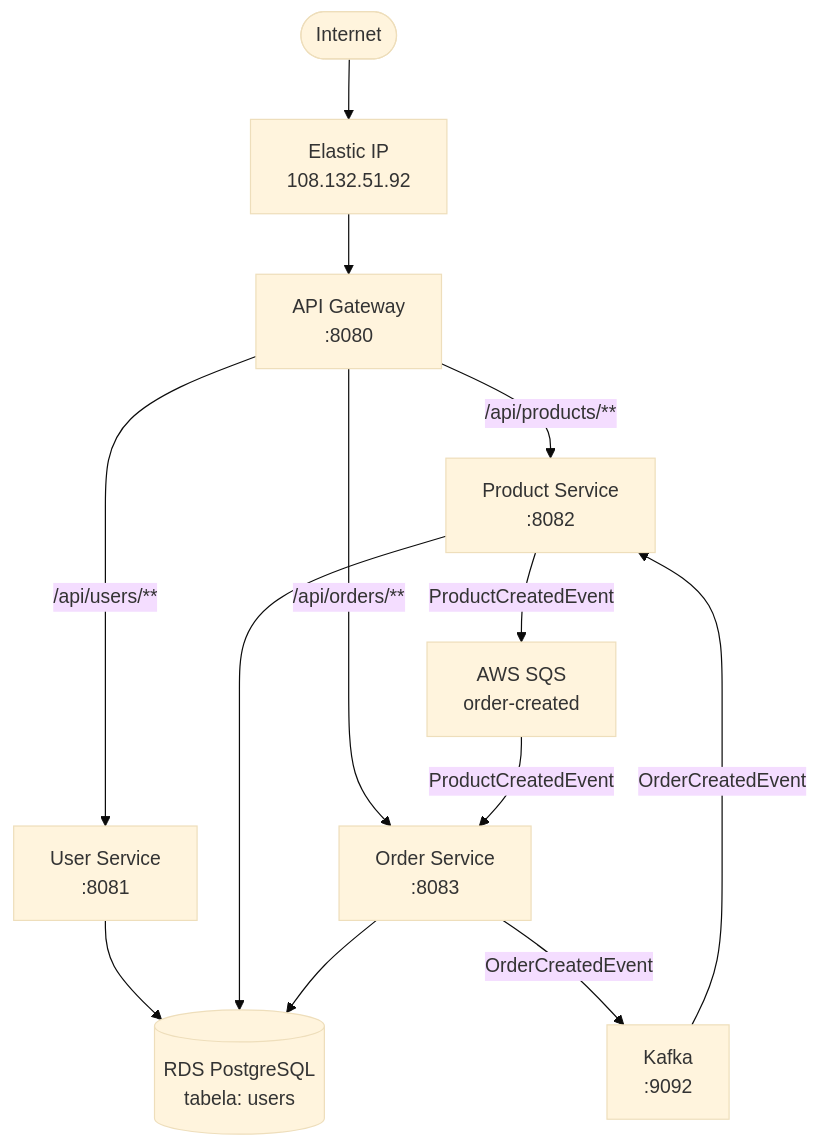
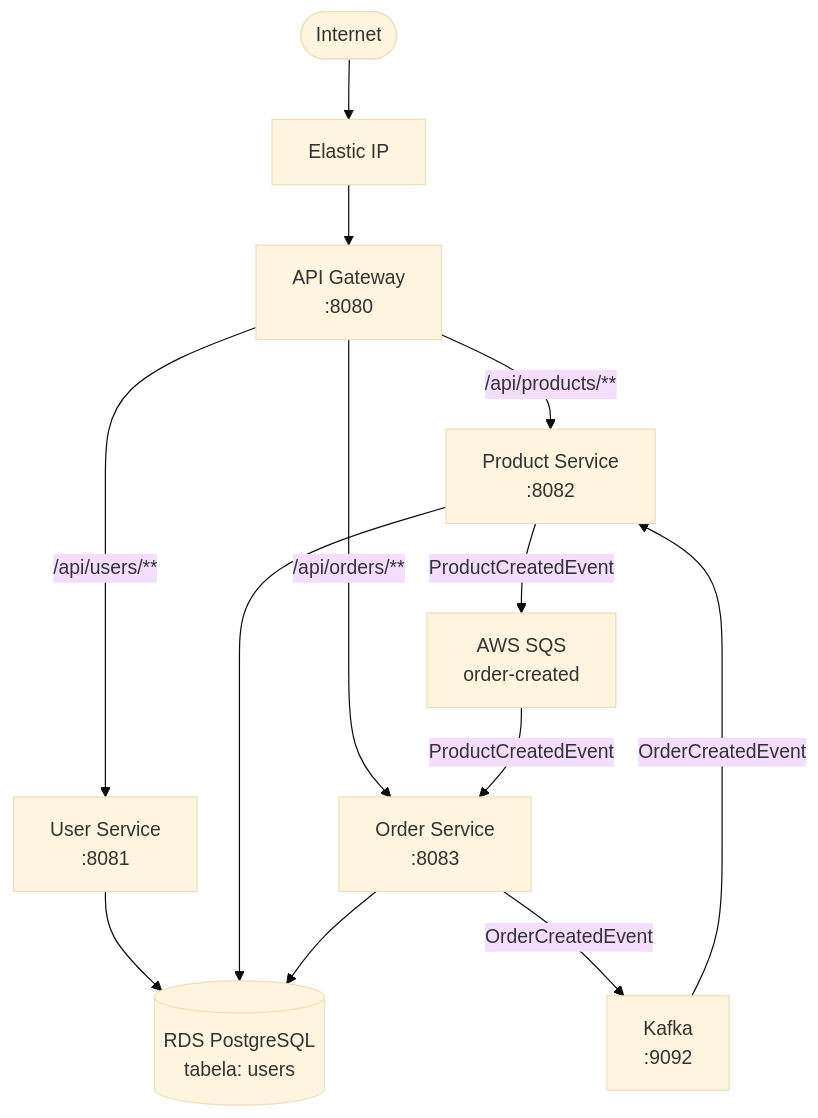
One commit to Rodrigo-Nunes-a22302691/NuvemProjeto changed the diagram in docs/architecture.md. Above: the diagram before and after it, drawn with Mermaid (base theme). The commit also changed 1 other file, not shown here.

````diff
--- a/docs/architecture.md
+++ b/docs/architecture.md
@@ -5,19 +5,19 @@
 ```mermaid
 graph TB
-    Internet([Internet]) --> EIP[Elastic IP\n108.132.51.92]
+    Internet([Internet]) --> EIP[Elastic IP]
     EIP --> GW[API Gateway\n:8080]
     
     GW -->|/api/users/**| US[User Service\n:8081]
     GW -->|/api/products/**| PS[Product Service\n:8082]
     GW -->|/api/orders/**| OS[Order Service\n:8083]
     
     US --> RDS[(RDS PostgreSQL\ntabela: users)]
     PS --> RDS
     OS --> RDS
     
     OS -->|OrderCreatedEvent| Kafka[Kafka\n:9092]
     Kafka -->|OrderCreatedEvent| PS
     
     PS -->|ProductCreatedEvent| SQS[AWS SQS\norder-created]
     SQS -->|ProductCreatedEvent| OS
 ```
````
